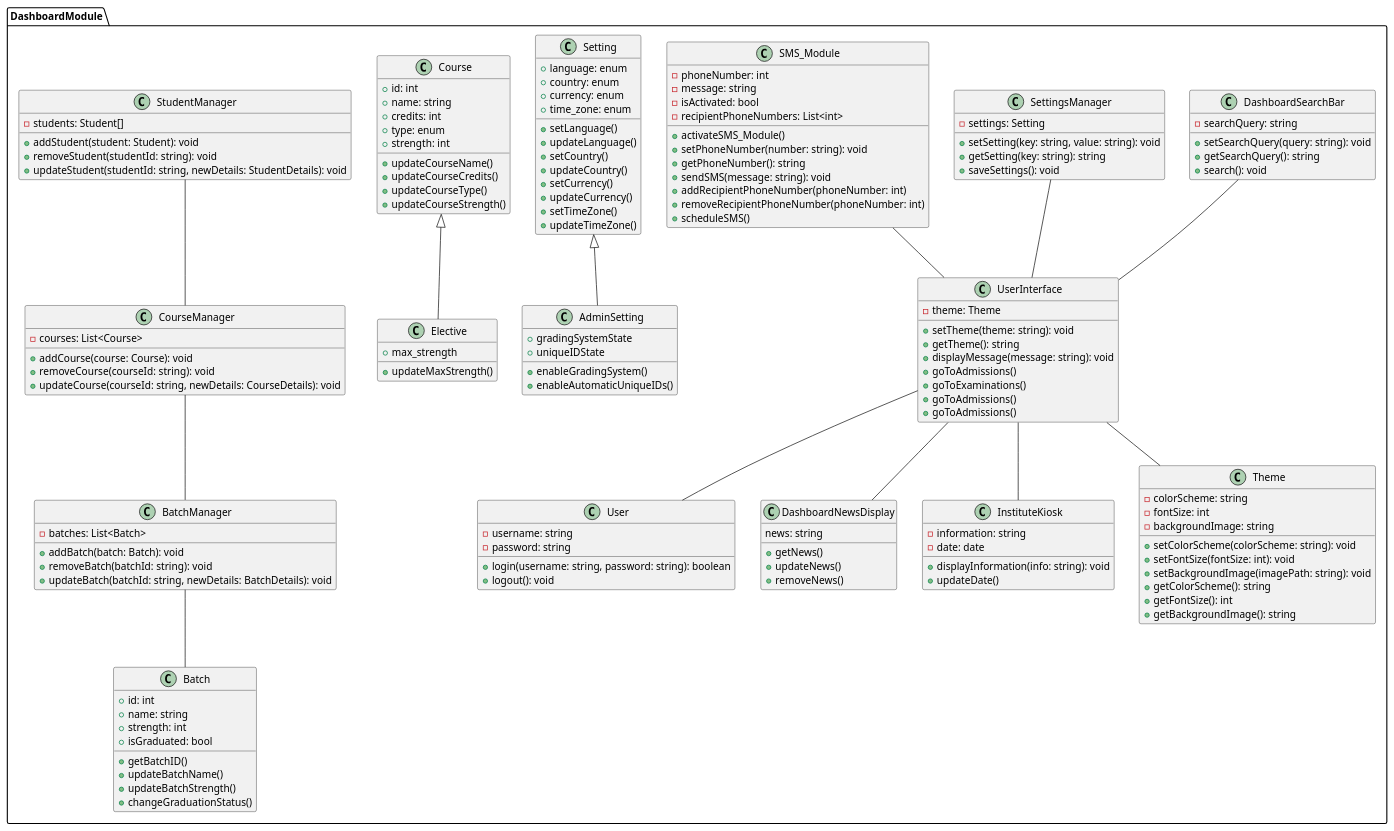
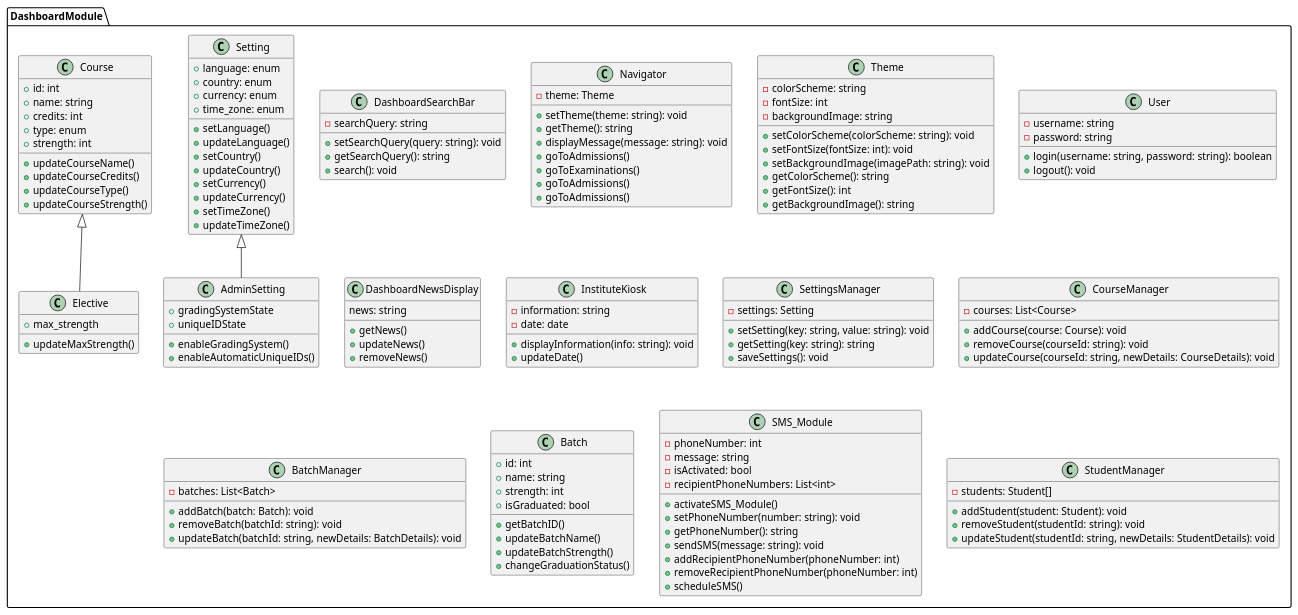
One commit to anshium/DASS-Assignment-3-IMS-System-Design changed the diagram in dashboard.plantuml. Above: the diagram before and after it, drawn with PlantUML. The commit also changed 3 other files, not shown here.

```diff
--- a/dashboard.plantuml
+++ b/dashboard.plantuml
@@ -1,172 +1,163 @@
 @startuml dashboard
 
 package DashboardModule {
 	class DashboardSearchBar {
 		- searchQuery: string
 		+ setSearchQuery(query: string): void
 		+ getSearchQuery(): string
 		+ search(): void
 	}
 
-	class UserInterface {
+	class Navigator {
 		- theme: Theme
 		+ setTheme(theme: string): void
 		+ getTheme(): string
 		+ displayMessage(message: string): void
 		+ goToAdmissions()
 		+ goToExaminations()
 		+ goToAdmissions()
 		+ goToAdmissions()
 	}
 
 	class Theme {
 		- colorScheme: string
 		- fontSize: int
 		- backgroundImage: string
 
 		+ setColorScheme(colorScheme: string): void
 		+ setFontSize(fontSize: int): void
 		+ setBackgroundImage(imagePath: string): void
 		+ getColorScheme(): string
 		+ getFontSize(): int
 		+ getBackgroundImage(): string
 	}
 
 	class User {
 		- username: string
 		- password: string
 		+ login(username: string, password: string): boolean
 		+ logout(): void
 	}
 
 	class DashboardNewsDisplay {
 		news: string
 
 		+ getNews()
 		+ updateNews()
 		+ removeNews()
 	}
 
 	class InstituteKiosk {
 		- information: string
 		- date: date
 		+ displayInformation(info: string): void
 		+ updateDate()
 	}
 
 	class SettingsManager {
 		- settings: Setting
 		+ setSetting(key: string, value: string): void
 		+ getSetting(key: string): string
 		+ saveSettings(): void
 	}
 
 	' Setting is a class for ease of storing multiple settings
 
 	class Setting {
 		+ language: enum
 		+ country: enum
 		+ currency: enum
 		+ time_zone: enum
 
 		+ setLanguage()
 		+ updateLanguage()
 		+ setCountry()
 		+ updateCountry()
 		+ setCurrency()
 		+ updateCurrency()
 		+ setTimeZone()
 		+ updateTimeZone()
 	}
 
 	class AdminSetting extends Setting {
 		+ gradingSystemState
 		+ uniqueIDState
 
 		+ enableGradingSystem()
 		+ enableAutomaticUniqueIDs()
 	}
 
 	class CourseManager {
 		- courses: List<Course>
 
 		+ addCourse(course: Course): void
 		+ removeCourse(courseId: string): void
 		+ updateCourse(courseId: string, newDetails: CourseDetails): void
 	}
 
 	class Course {
 		+ id: int
 		+ name: string
 		+ credits: int
 		+ type: enum
 		+ strength: int
 
 		+ updateCourseName()
 		+ updateCourseCredits()
 		+ updateCourseType()
 		+ updateCourseStrength()
 	}
 
 	class Elective extends Course {
 		+ max_strength
 
 		+ updateMaxStrength()
 	}
 
 	class BatchManager {
 		- batches: List<Batch>
 		+ addBatch(batch: Batch): void
 		+ removeBatch(batchId: string): void
 		+ updateBatch(batchId: string, newDetails: BatchDetails): void
 	}
 
 	class Batch {
 		+ id: int
 		+ name: string
 		+ strength: int
 		+ isGraduated: bool
 
 		+ getBatchID()
 		+ updateBatchName()
 		+ updateBatchStrength()
 		+ changeGraduationStatus()
 	}
 
 	class SMS_Module {
 		- phoneNumber: int
 		- message: string
 		- isActivated: bool
 		- recipientPhoneNumbers: List<int>
 
 		+ activateSMS_Module()
 		+ setPhoneNumber(number: string): void
 		+ getPhoneNumber(): string
 		+ sendSMS(message: string): void
 		+ addRecipientPhoneNumber(phoneNumber: int)
 		+ removeRecipientPhoneNumber(phoneNumber: int)
 		+ scheduleSMS()
 	}
 
 	' To see
 	class StudentManager {
 		- students: Student[]
 
 		+ addStudent(student: Student): void
 		+ removeStudent(studentId: string): void
 		+ updateStudent(studentId: string, newDetails: StudentDetails): void
 		'Student categories need to be added'
 	}
 
-	DashboardSearchBar -- UserInterface
-	UserInterface -- User
-	UserInterface -- InstituteKiosk
-	SettingsManager -- UserInterface
-	CourseManager -- BatchManager
-	SMS_Module -- UserInterface
-	StudentManager -- CourseManager
-	BatchManager -- Batch
-	UserInterface -- Theme
-	UserInterface -- DashboardNewsDisplay
+	
 }
 @enduml
```
